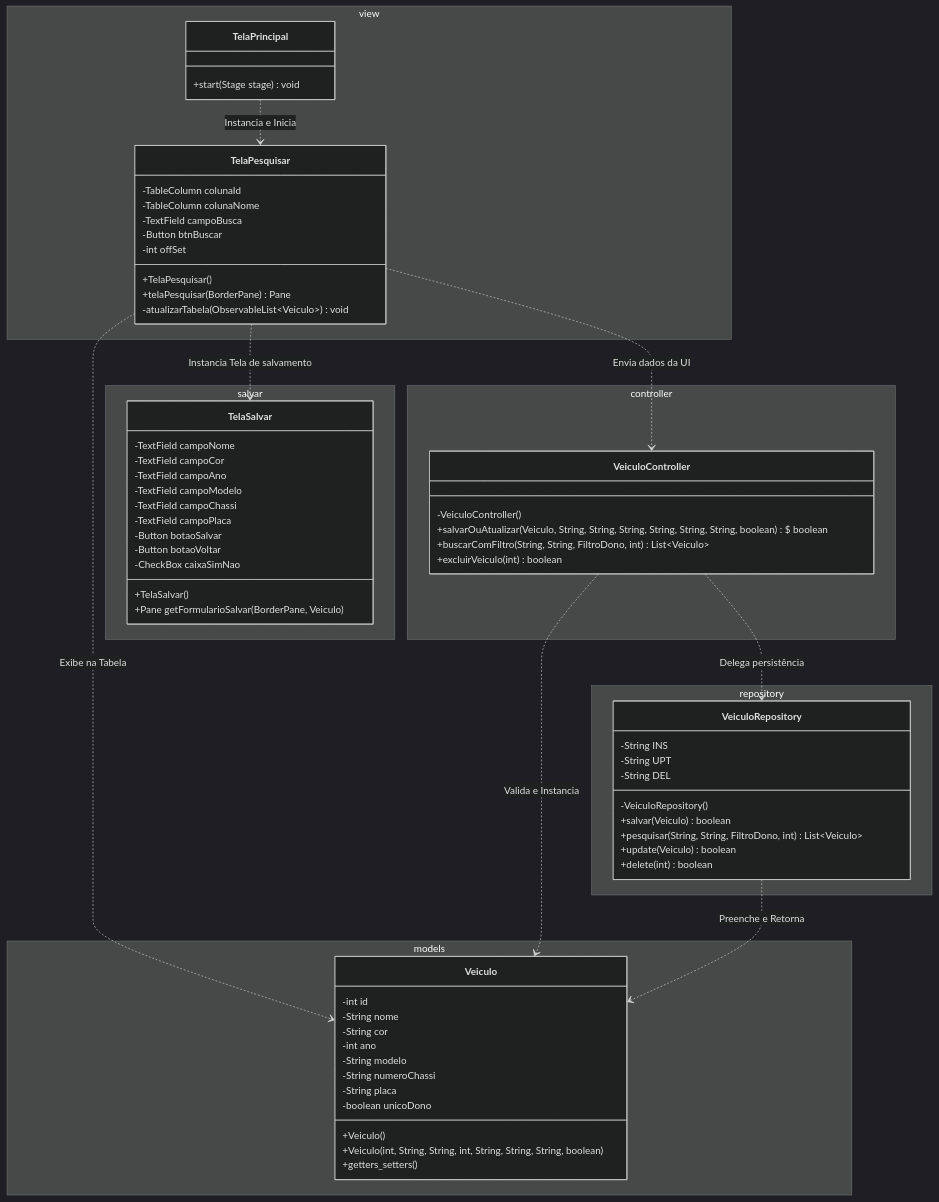
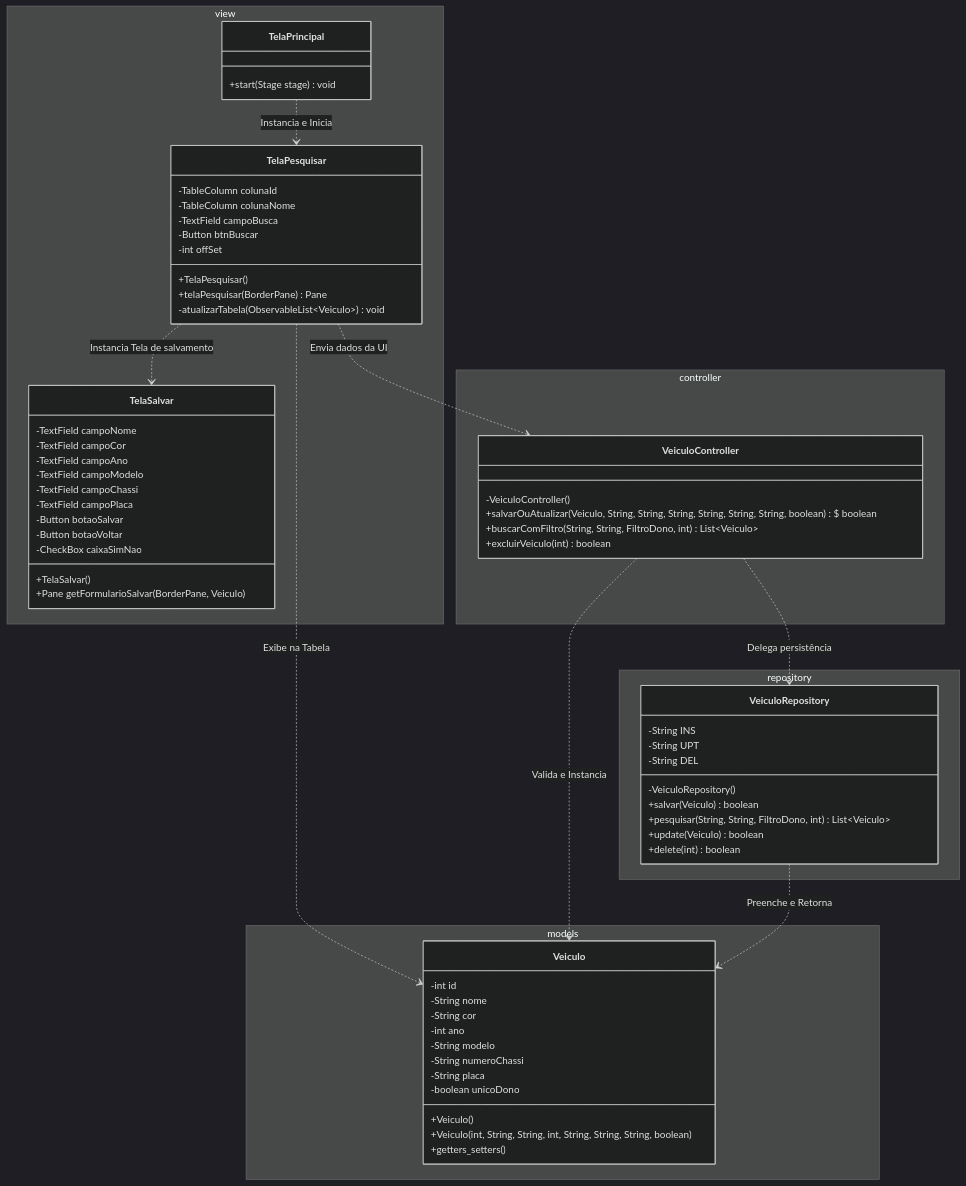
One commit to OieusouNoob/SistemaCadastroVeiculos changed the diagram in README.md. Above: the diagram before and after it, drawn with Mermaid.

Commit message:
Atualização README

````diff
--- a/README.md
+++ b/README.md
@@ -6,82 +6,81 @@
 ```mermaid
 ---
 config:
   theme: dark
 ---
 classDiagram
     namespace models {
         class Veiculo {
             -int id
             -String nome
             -String cor
             -int ano
             -String modelo
             -String numeroChassi
             -String placa
             -boolean unicoDono
             +Veiculo()
             +Veiculo(int, String, String, int, String, String, String, boolean)
             +getters_setters()
         }
     }
     namespace controller {
         class VeiculoController {
             -VeiculoController()
             +salvarOuAtualizar(Veiculo, String, String, String, String, String, String, boolean)\$ boolean
             +buscarComFiltro(String, String, FiltroDono, int) List~Veiculo~
             +excluirVeiculo(int) boolean
         }
     }
     namespace repository {
         class VeiculoRepository {
             -String INS
             -String UPT
             -String DEL
             -VeiculoRepository()
             +salvar(Veiculo) boolean
             +pesquisar(String, String, FiltroDono, int) List~Veiculo~
             +update(Veiculo) boolean
             +delete(int) boolean
         }
     }
     namespace view {
         class TelaPrincipal {
             +start(Stage stage) void
         }
         class TelaPesquisar {
             -TableColumn colunaId
             -TableColumn colunaNome
             -TextField campoBusca
             -Button btnBuscar
             -int offSet
             +TelaPesquisar()
             +telaPesquisar(BorderPane) Pane
             -atualizarTabela(ObservableList~Veiculo~) void
         }
     }
 
-    namespace salvar{
+    namespace view{
         class TelaSalvar{
             -TextField campoNome
             -TextField campoCor
             -TextField campoAno
             -TextField campoModelo
             -TextField campoChassi
             -TextField campoPlaca
             -Button botaoSalvar
             -Button botaoVoltar
             -CheckBox caixaSimNao
             +TelaSalvar()
             +Pane getFormularioSalvar(BorderPane, Veiculo)
         }
     }
 
     TelaPrincipal ..> TelaPesquisar : Instancia e Inicia
     TelaPesquisar ..> VeiculoController : Envia dados da UI
     TelaPesquisar ..> TelaSalvar : Instancia Tela de salvamento
     TelaPesquisar ..> Veiculo : Exibe na Tabela
     VeiculoController ..> VeiculoRepository : Delega persistência
     VeiculoController ..> Veiculo : Valida e Instancia
     VeiculoRepository ..> Veiculo : Preenche e Retorna
-
 ```
````
